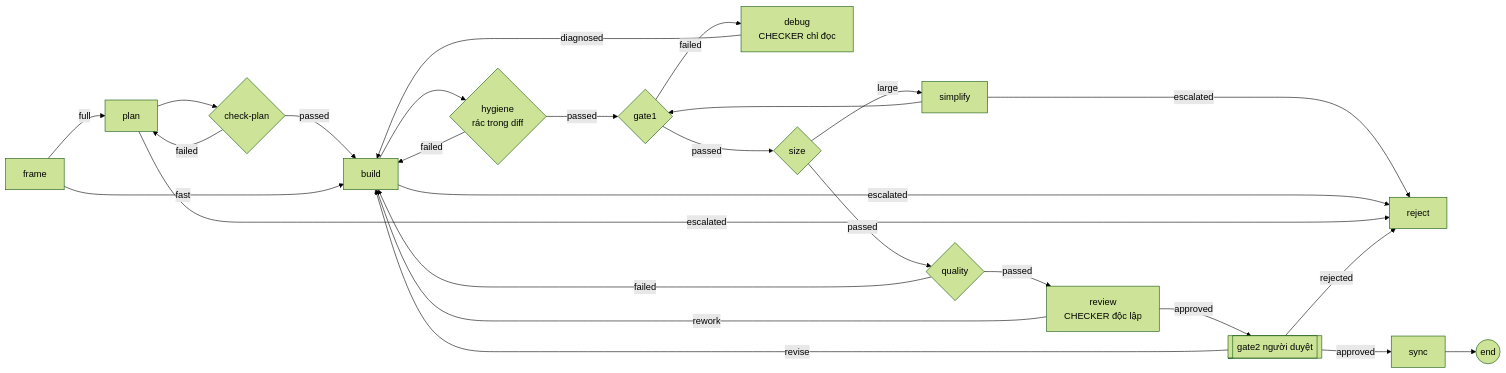
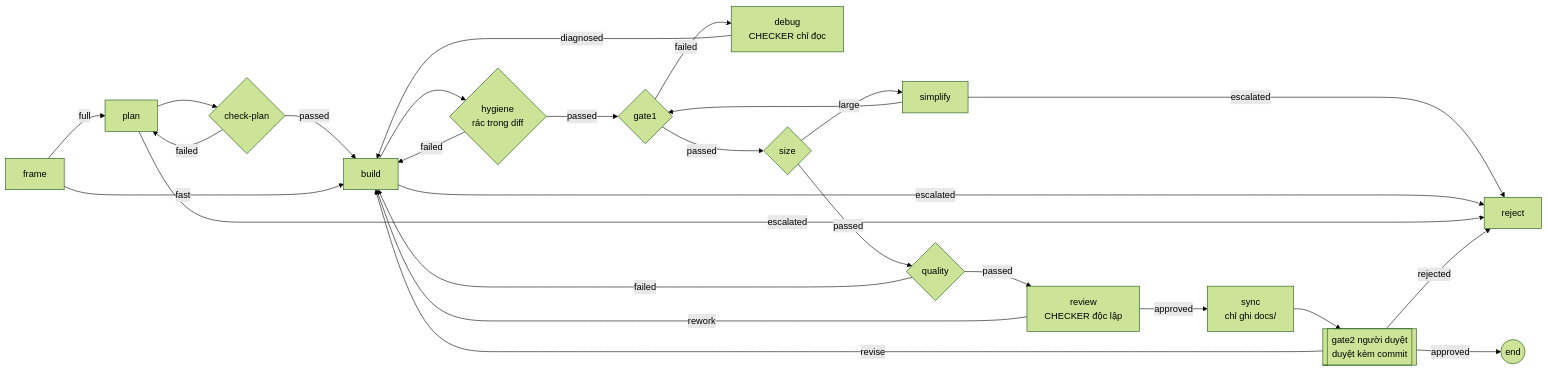
One commit to draculemihawk123-ai/aw-tqunglnh changed the first of 3 diagrams in kit/README.md. Above: the diagram before and after it, drawn with Mermaid (forest theme). The commit also changed other lines of this file and 17 other files, not shown here.

First line of the commit message:
feat(v12-02): sync chạy trước gate2; gate2 duyệt kèm commit và là bước cuối

````diff
--- a/kit/README.md
+++ b/kit/README.md
@@ -101,25 +101,25 @@
 ```mermaid
 flowchart LR
   F[frame] -->|full| P[plan] --> CP{check-plan}
   CP -->|failed| P
   CP -->|passed| B[build]
   F -->|fast| B
   B --> H{hygiene<br/>rác trong diff}
   H -->|failed| B
   H -->|passed| G1{gate1}
   G1 -->|failed| D[debug<br/>CHECKER chỉ đọc]
   D -->|diagnosed| B
   G1 -->|passed| SZ{size}
   SZ -->|large| SM[simplify] --> G1
   SZ -->|passed| Q{quality}
   SM -->|escalated| X
   Q -->|failed| B
   Q -->|passed| R[review<br/>CHECKER độc lập]
   R -->|rework| B
-  R -->|approved| G2[[gate2 người duyệt]]
+  R -->|approved| S[sync<br/>chỉ ghi docs/] --> G2[[gate2 người duyệt<br/>duyệt kèm commit]]
   G2 -->|revise| B
-  G2 -->|approved| S[sync] --> E((end))
+  G2 -->|approved| E((end))
   B -->|escalated| X[reject]
   P -->|escalated| X
   G2 -->|rejected| X
 ```
````
